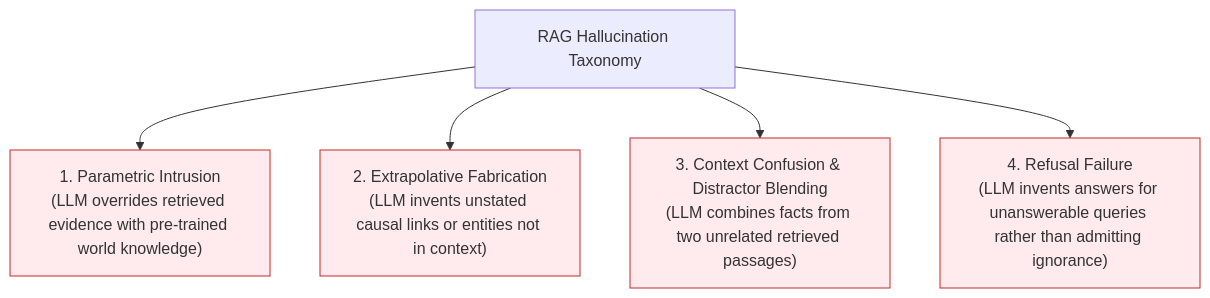
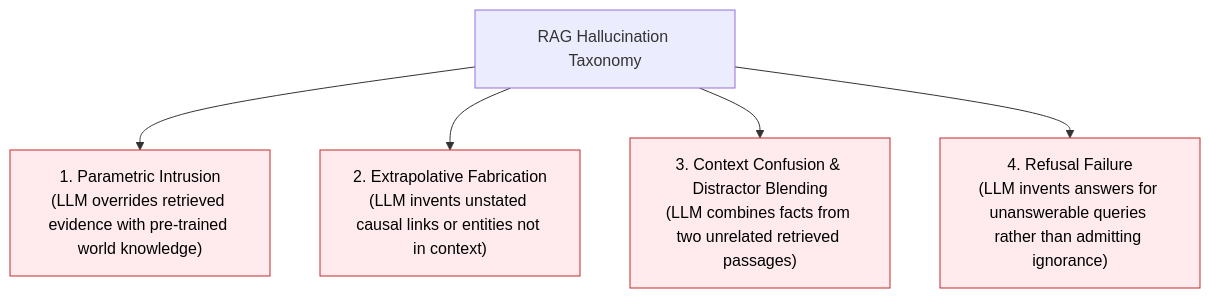
One commit to swapnil3104/RAG-Engineering changed the first of 4 diagrams in 05-RAG-Pipeline/Hallucination-Reduction.md. Above: the diagram before and after it, drawn with Mermaid. The commit also changed other lines of this file and 108 other files, not shown here.

Commit message:
fix: make chart text visible across all Mermaid diagrams and resolve markdown table formatting issues

````diff
--- a/05-RAG-Pipeline/Hallucination-Reduction.md
+++ b/05-RAG-Pipeline/Hallucination-Reduction.md
@@ -22,14 +22,14 @@
 ```mermaid
 flowchart TD
     Hallucinations["RAG Hallucination Taxonomy"]
     
     Hallucinations --> Cat1["1. Parametric Intrusion<br/>(LLM overrides retrieved evidence with pre-trained world knowledge)"]
     Hallucinations --> Cat2["2. Extrapolative Fabrication<br/>(LLM invents unstated causal links or entities not in context)"]
     Hallucinations --> Cat3["3. Context Confusion & Distractor Blending<br/>(LLM combines facts from two unrelated retrieved passages)"]
     Hallucinations --> Cat4["4. Refusal Failure<br/>(LLM invents answers for unanswerable queries rather than admitting ignorance)"]
 
-    style Cat1 fill:#ffebee,stroke:#c62828,stroke-width:1px
-    style Cat2 fill:#ffebee,stroke:#c62828,stroke-width:1px
-    style Cat3 fill:#ffebee,stroke:#c62828,stroke-width:1px
-    style Cat4 fill:#ffebee,stroke:#c62828,stroke-width:1px
+    style Cat1 fill:#ffebee,stroke:#c62828,stroke-width:1px,color:#000000
+    style Cat2 fill:#ffebee,stroke:#c62828,stroke-width:1px,color:#000000
+    style Cat3 fill:#ffebee,stroke:#c62828,stroke-width:1px,color:#000000
+    style Cat4 fill:#ffebee,stroke:#c62828,stroke-width:1px,color:#000000
 ```
````
